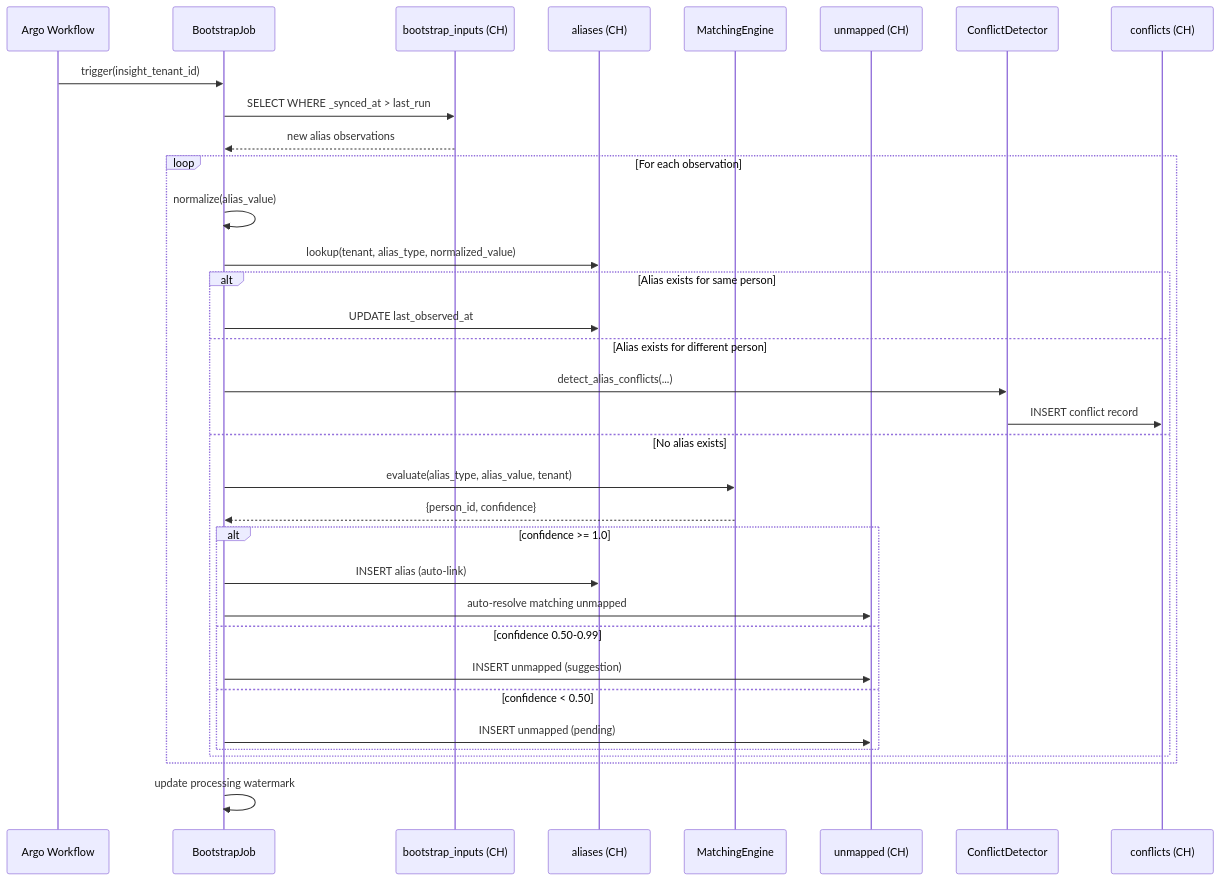
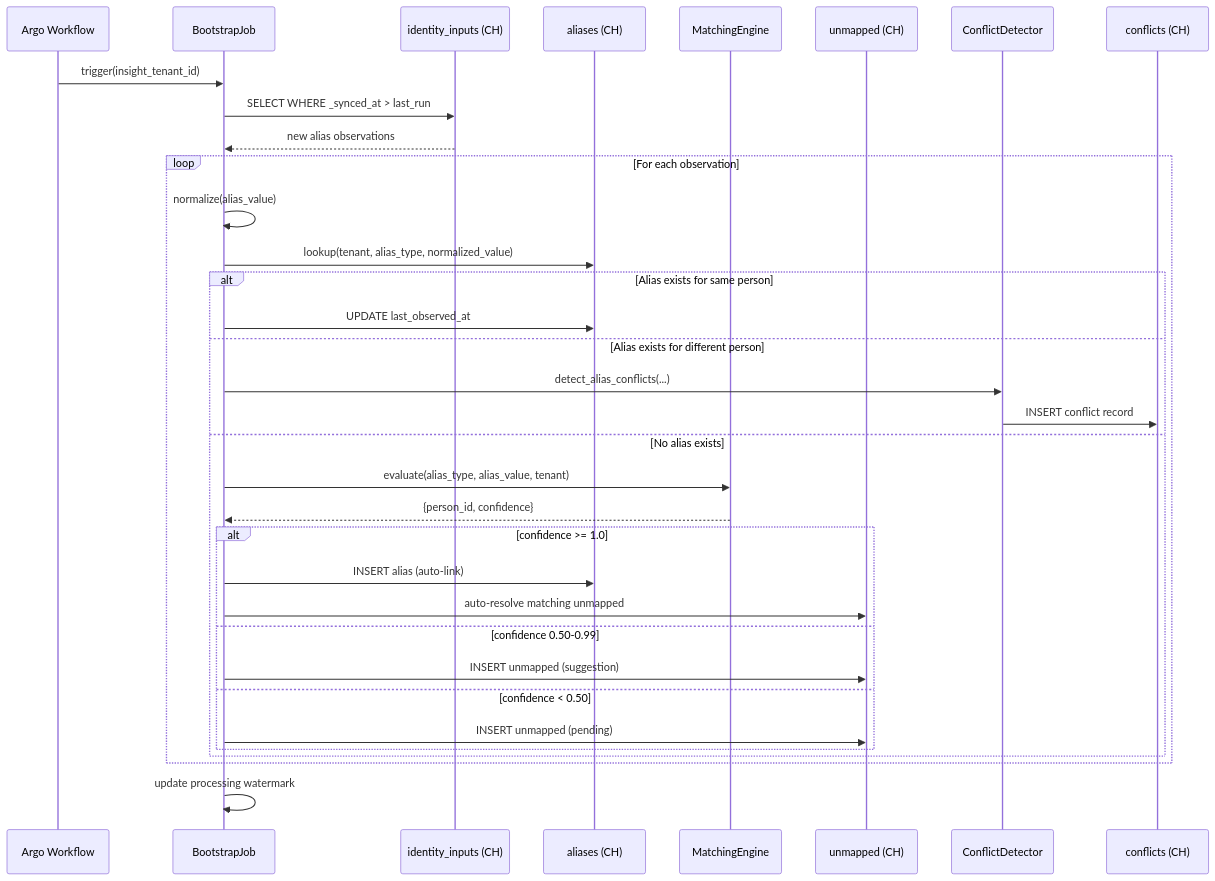
Before and after one commit to cyberfabric/insight: the first of 3 diagrams in docs/domain/identity-resolution/specs/DESIGN.md, drawn with Mermaid. The commit also changed other lines of this file and 81 other files, not shown here.

````diff
--- a/docs/domain/identity-resolution/specs/DESIGN.md
+++ b/docs/domain/identity-resolution/specs/DESIGN.md
@@ -500,38 +500,38 @@
 ```mermaid
 sequenceDiagram
     participant Argo as Argo Workflow
     participant BJ as BootstrapJob
-    participant BI as bootstrap_inputs (CH)
+    participant BI as identity_inputs (CH)
     participant AL as aliases (CH)
     participant ME as MatchingEngine
     participant UM as unmapped (CH)
     participant CD as ConflictDetector
     participant CF as conflicts (CH)
 
     Argo ->> BJ: trigger(insight_tenant_id)
     BJ ->> BI: SELECT WHERE _synced_at > last_run
     BI -->> BJ: new alias observations
 
     loop For each observation
         BJ ->> BJ: normalize(alias_value)
         BJ ->> AL: lookup(tenant, alias_type, normalized_value)
         alt Alias exists for same person
             BJ ->> AL: UPDATE last_observed_at
         else Alias exists for different person
             BJ ->> CD: detect_alias_conflicts(...)
             CD ->> CF: INSERT conflict record
         else No alias exists
             BJ ->> ME: evaluate(alias_type, alias_value, tenant)
             ME -->> BJ: {person_id, confidence}
             alt confidence >= 1.0
                 BJ ->> AL: INSERT alias (auto-link)
                 BJ ->> UM: auto-resolve matching unmapped
             else confidence 0.50-0.99
                 BJ ->> UM: INSERT unmapped (suggestion)
             else confidence < 0.50
                 BJ ->> UM: INSERT unmapped (pending)
             end
         end
     end
     BJ ->> BJ: update processing watermark
 ```
````
